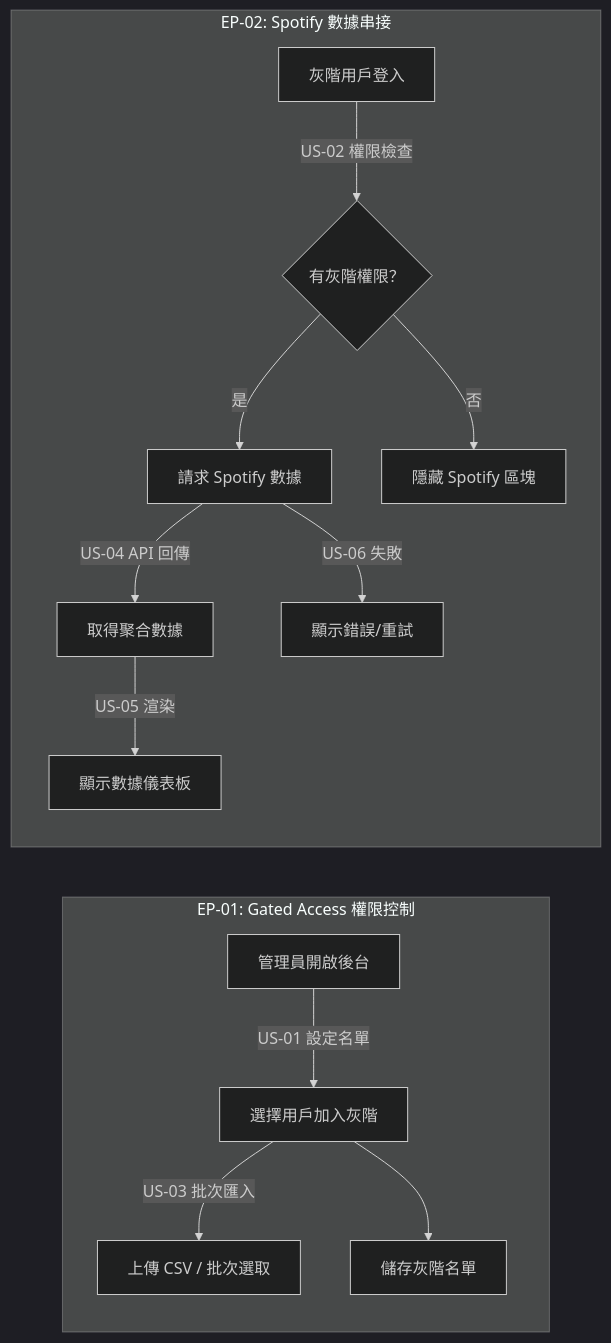
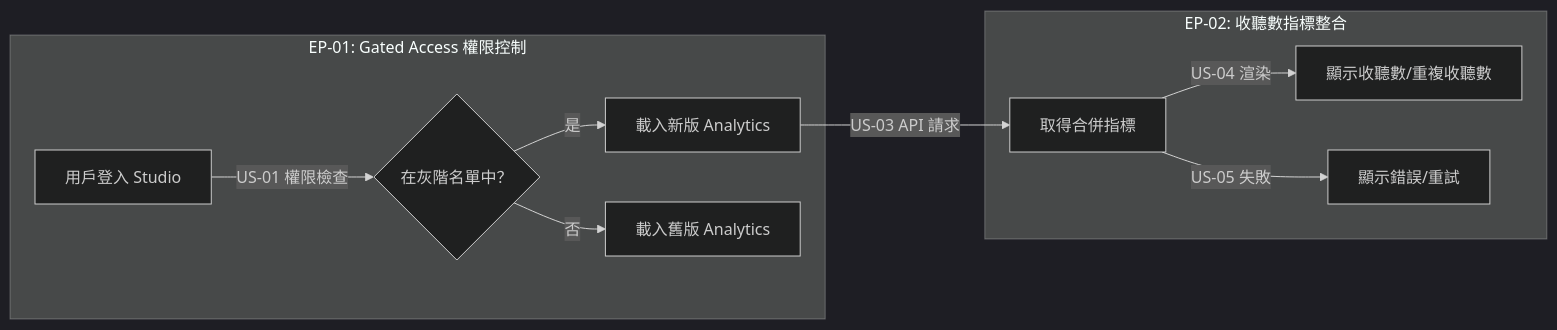
One commit to jeremy880119/pm-as-builder changed the diagram in features/spotify-gated-release/user-story.md. Above: the diagram before and after it, drawn with Mermaid (dark theme). The commit also changed other lines of this file and 1 other file, not shown here.

Commit message:
feat(spotify-gated-release): update user story and add wireframe

````diff
--- a/features/spotify-gated-release/user-story.md
+++ b/features/spotify-gated-release/user-story.md
@@ -28,17 +27,14 @@
 ```mermaid
 flowchart LR
     subgraph "EP-01: Gated Access 權限控制"
-        A["管理員開啟後台"] -->|"US-01 設定名單"| B["選擇用戶加入灰階"]
-        B -->|"US-03 批次匯入"| C["上傳 CSV / 批次選取"]
-        B --> D["儲存灰階名單"]
+        A["用戶登入 Studio"] -->|"US-01 權限檢查"| B{"在灰階名單中？"}
+        B -->|"是"| C["載入新版 Analytics"]
+        B -->|"否"| D["載入舊版 Analytics"]
     end
 
-    subgraph "EP-02: Spotify 數據串接"
-        E["灰階用戶登入"] -->|"US-02 權限檢查"| F{"有灰階權限？"}
-        F -->|"是"| G["請求 Spotify 數據"]
-        F -->|"否"| H["隱藏 Spotify 區塊"]
-        G -->|"US-04 API 回傳"| I["取得聚合數據"]
-        I -->|"US-05 渲染"| J["顯示數據儀表板"]
-        G -->|"US-06 失敗"| K["顯示錯誤/重試"]
+    subgraph "EP-02: 收聽數指標整合"
+        C -->|"US-03 API 請求"| E["取得合併指標"]
+        E -->|"US-04 渲染"| F["顯示收聽數/重複收聽數"]
+        E -->|"US-05 失敗"| G["顯示錯誤/重試"]
     end
 ```
````
